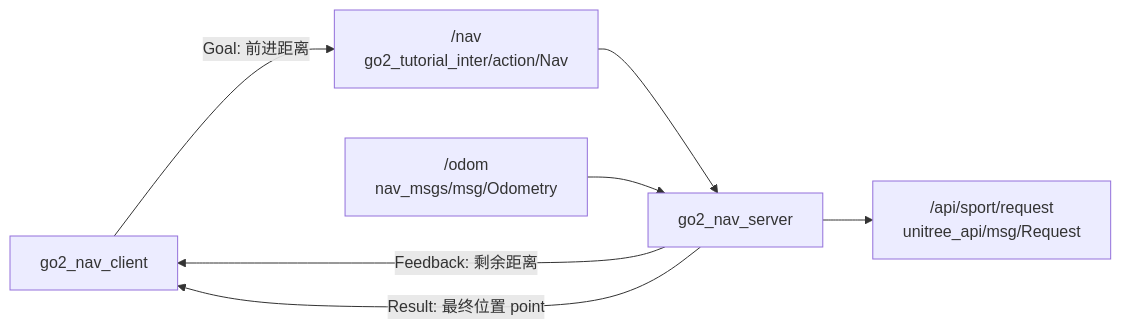
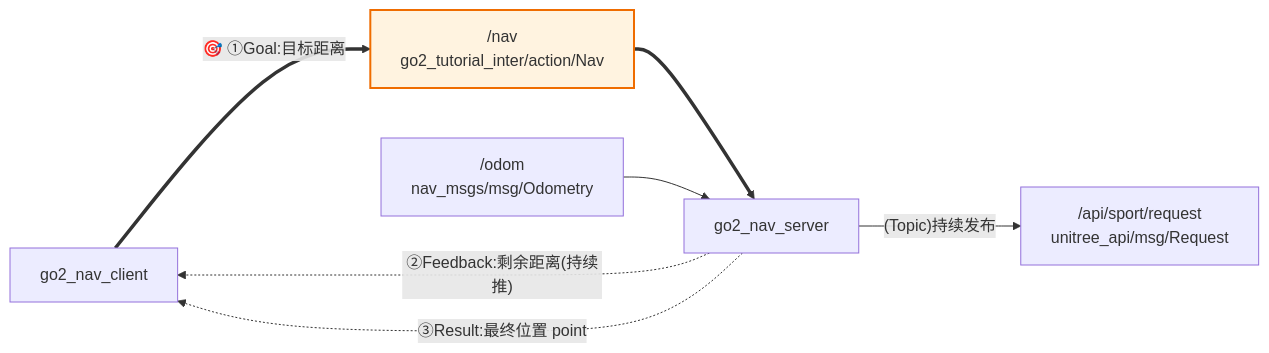
Before and after one commit to ztl3106742440-hub/go2-tutorial: the diagram in docs/03-communication/09-action.md, drawn with Mermaid. The commit also changed other lines of this file and 9 other files, not shown here.

````diff
--- a/docs/03-communication/09-action.md
+++ b/docs/03-communication/09-action.md
@@ -30,9 +43,12 @@
 ```mermaid
 flowchart LR
-    A[go2_nav_client] -->|Goal: 前进距离| B["/nav<br/>go2_tutorial_inter/action/Nav"]
-    B --> C[go2_nav_server]
-    C -->|Feedback: 剩余距离| A
-    C -->|Result: 最终位置 point| A
+    A[go2_nav_client] ==>|"🎯 ①Goal:目标距离"| B["/nav<br/>go2_tutorial_inter/action/Nav"]
+    B ==> C[go2_nav_server]
+    C -.->|"②Feedback:剩余距离(持续推)"| A
+    C -.->|"③Result:最终位置 point"| A
     D["/odom<br/>nav_msgs/msg/Odometry"] --> C
-    C --> E["/api/sport/request<br/>unitree_api/msg/Request"]
+    C -->|"(Topic)持续发布"| E["/api/sport/request<br/>unitree_api/msg/Request"]
+    
+    classDef action fill:#fff3e0,stroke:#ef6c00,stroke-width:2px
+    class B action
 ```
````
